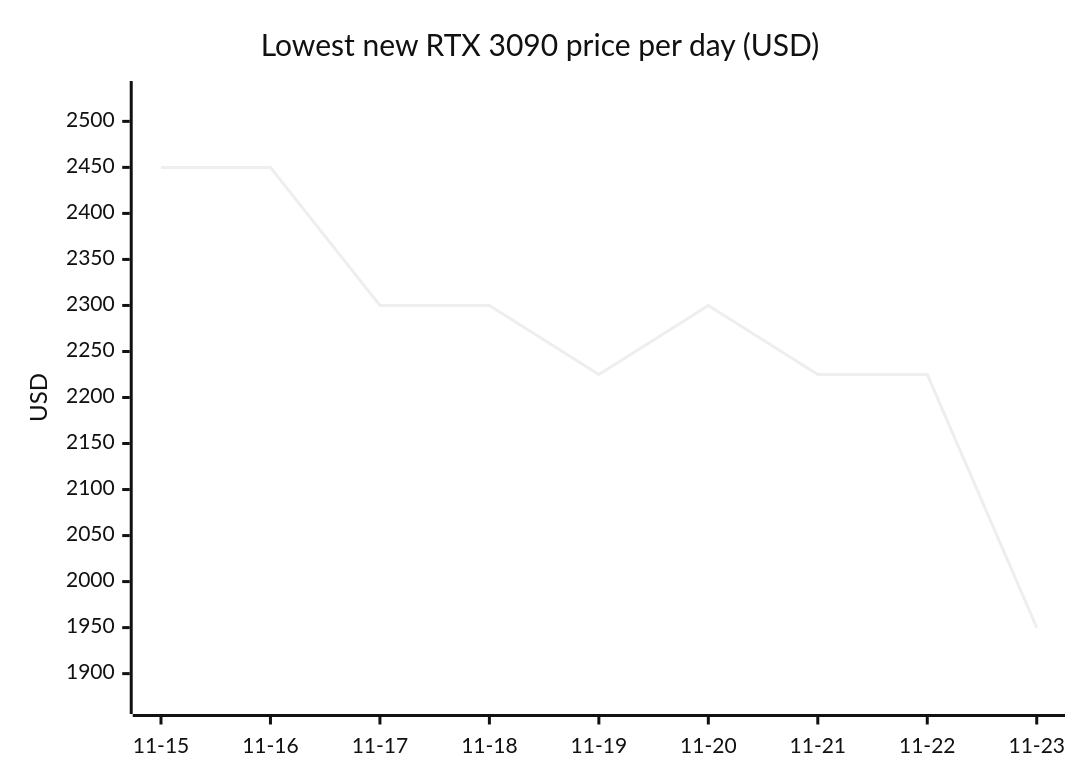
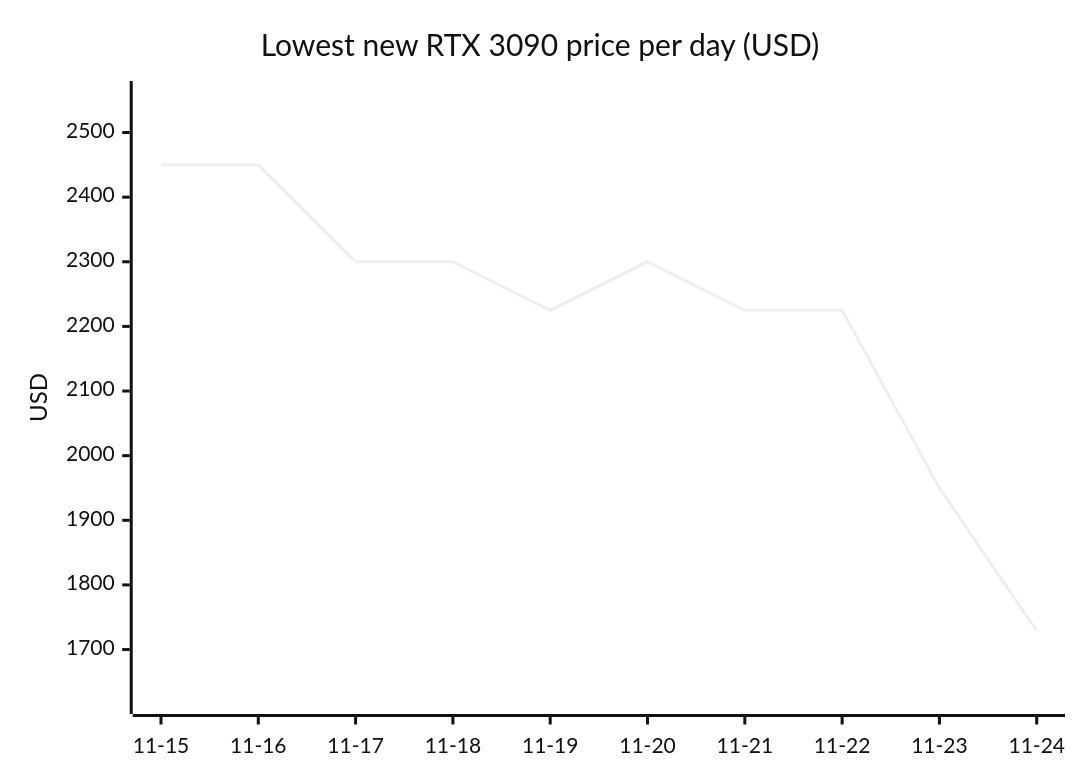
One commit to 7324136828/4tb_ssd_price_watch changed the ninth of 18 diagrams in README.md. Above: the diagram before and after it, drawn with Mermaid (neutral theme). The commit also changed other lines of this file, not shown here.

````diff
--- a/README.md
+++ b/README.md
@@ -887,7 +948,7 @@
 ```mermaid
 xychart-beta
     title "Lowest new RTX 3090 price per day (USD)"
-    x-axis ["11-15", "11-16", "11-17", "11-18", "11-19", "11-20", "11-21", "11-22", "11-23"]
-    y-axis "USD" 1870 --> 2530
-    line [2450.00, 2450.00, 2300.00, 2300.00, 2225.00, 2300.00, 2225.00, 2225.00, 1950.00]
+    x-axis ["11-15", "11-16", "11-17", "11-18", "11-19", "11-20", "11-21", "11-22", "11-23", "11-24"]
+    y-axis "USD" 1620 --> 2560
+    line [2450.00, 2450.00, 2300.00, 2300.00, 2225.00, 2300.00, 2225.00, 2225.00, 1950.00, 1729.00]
 ```
````
